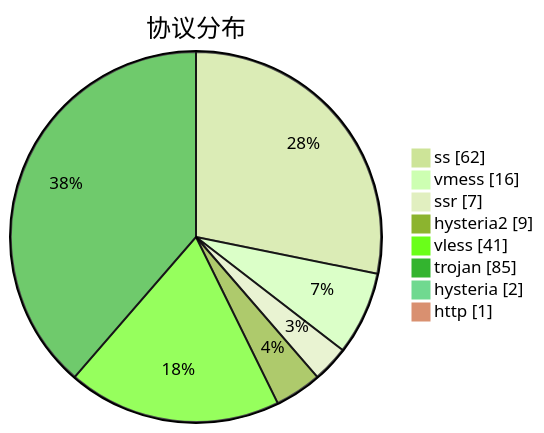
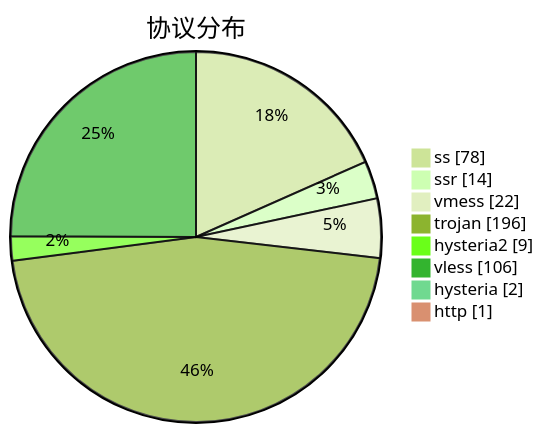
Before and after one commit to sinspired/airport: the third of 3 diagrams in subs/statistics/tested_within.md, drawn with Mermaid (forest theme). The commit also changed other lines of this file and 2 other files, not shown here.

````diff
--- a/subs/statistics/tested_within.md
+++ b/subs/statistics/tested_within.md
@@ -46,12 +59,12 @@
 ```mermaid
 pie showData
 title 协议分布
-"ss" : 62
-"vmess" : 16
-"ssr" : 7
+"ss" : 78
+"ssr" : 14
+"vmess" : 22
+"trojan" : 196
 "hysteria2" : 9
-"vless" : 41
-"trojan" : 85
+"vless" : 106
 "hysteria" : 2
 "http" : 1
 ```
````
